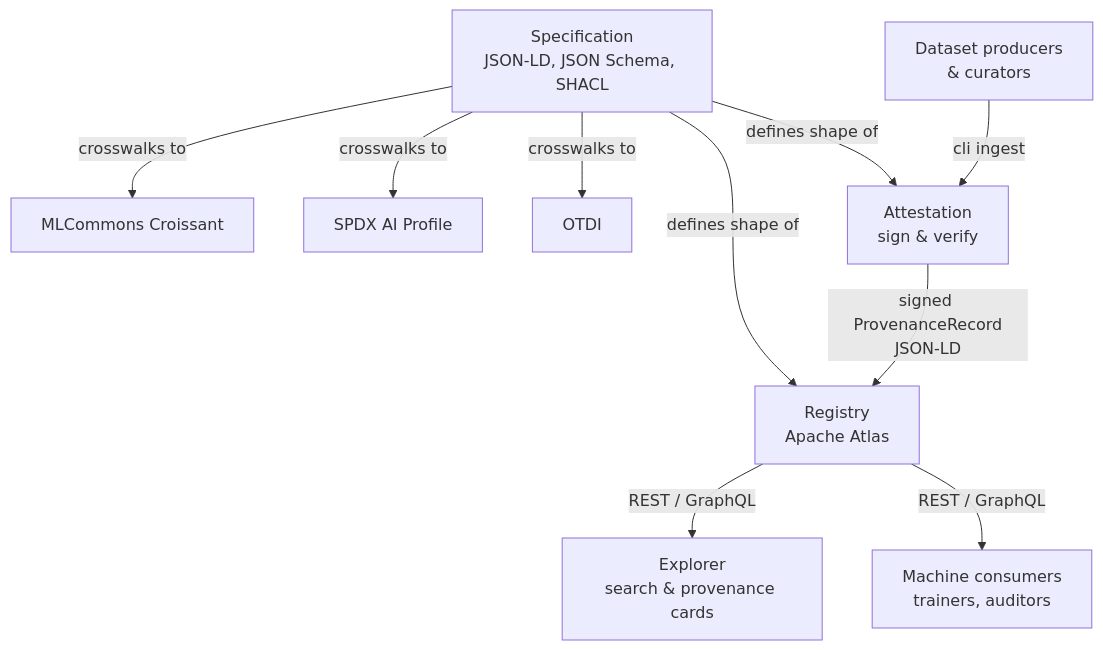
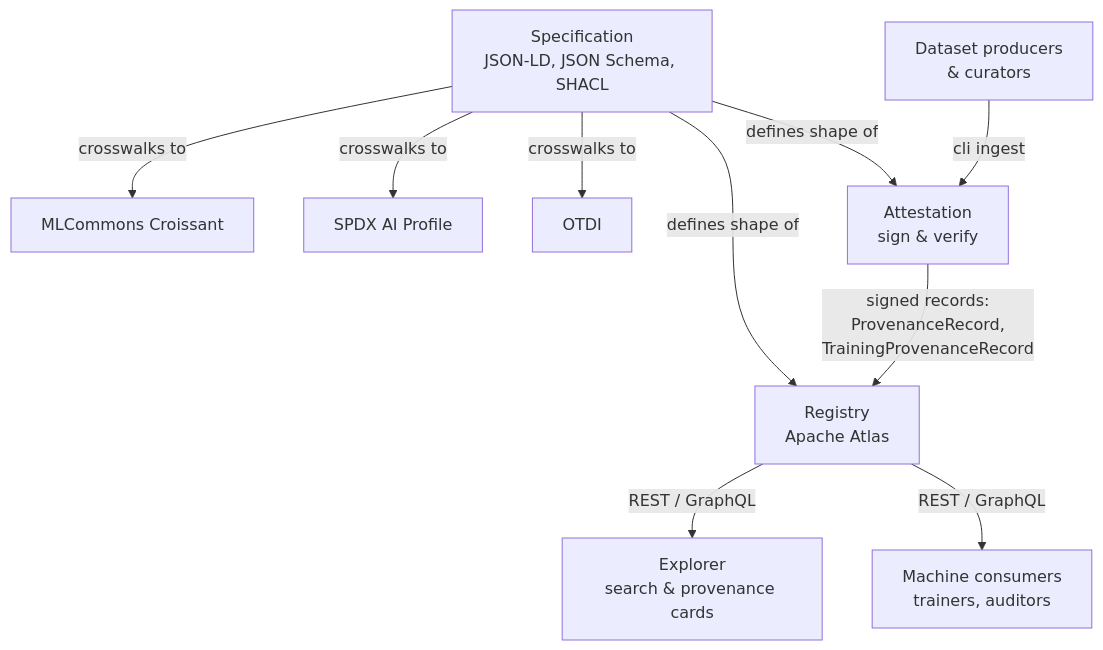
One commit to apache/sourcelume-site changed the second of 2 diagrams in content/pages/index.md. Above: the diagram before and after it, drawn with Mermaid. The commit also changed other lines of this file and 5 other files, not shown here.

````diff
--- a/content/pages/index.md
+++ b/content/pages/index.md
@@ -73,15 +73,15 @@
 ```mermaid
 graph TD
     SPEC[Specification<br/>JSON-LD, JSON Schema, SHACL] -->|crosswalks to| CROISSANT[MLCommons Croissant]
     SPEC -->|crosswalks to| SPDX[SPDX AI Profile]
     SPEC -->|crosswalks to| OTDI[OTDI]
 
     PROD[Dataset producers<br/>& curators] -->|cli ingest| ATTEST[Attestation<br/>sign & verify]
     SPEC -->|defines shape of| ATTEST
 
-    ATTEST -->|signed ProvenanceRecord<br/>JSON-LD| REG[Registry<br/>Apache Atlas]
+    ATTEST -->|signed records:<br/>ProvenanceRecord,<br/>TrainingProvenanceRecord| REG[Registry<br/>Apache Atlas]
     SPEC -->|defines shape of| REG
 
     REG -->|REST / GraphQL| EXPLORER[Explorer<br/>search & provenance cards]
     REG -->|REST / GraphQL| MACHINE[Machine consumers<br/>trainers, auditors]
 ```
````
